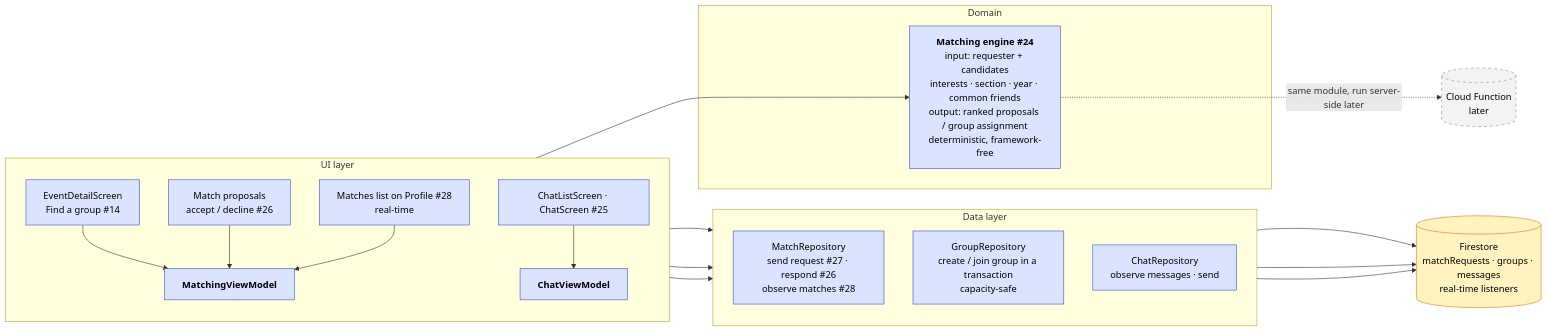
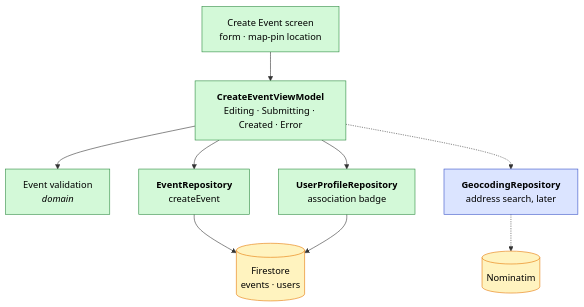
Before and after one commit to swent-polysocial/PolySocial: the fifth of 11 diagrams in docs/Architecture-Diagram.md, drawn with Mermaid. The commit also changed other lines of this file and 2 other files, not shown here.

````diff
--- a/docs/Architecture-Diagram.md
+++ b/docs/Architecture-Diagram.md
@@ -238,43 +152,15 @@
 ```mermaid
-flowchart LR
+flowchart TB
+  classDef s1 fill:#d3f9d8,stroke:#2b8a3e,color:#000
   classDef pb fill:#dbe4ff,stroke:#364fc7,color:#000
-  classDef later fill:#f1f3f5,stroke:#868e96,color:#000,stroke-dasharray:5 5
   classDef ext fill:#fff3bf,stroke:#e67700,color:#000
 
-  subgraph UI["UI layer"]
-    direction TB
-    sDetail["EventDetailScreen<br/>Find a group #14"]:::pb
-    sProp["Match proposals<br/>accept / decline #26"]:::pb
-    sMatches["Matches list on Profile #28<br/>real-time"]:::pb
-    sChat["ChatListScreen · ChatScreen #25"]:::pb
-    vmMatch["<b>MatchingViewModel</b>"]:::pb
-    vmChat["<b>ChatViewModel</b>"]:::pb
-    sDetail --> vmMatch
-    sProp --> vmMatch
-    sMatches --> vmMatch
-    sChat --> vmChat
-  end
-
-  subgraph DOM["Domain"]
-    eng["<b>Matching engine #24</b><br/>input: requester + candidates<br/>interests · section · year · common friends<br/>output: ranked proposals / group assignment<br/>deterministic, framework-free"]:::pb
-  end
-
-  subgraph DATA["Data layer"]
-    direction TB
-    rMatch["MatchRepository<br/>send request #27 · respond #26<br/>observe matches #28"]:::pb
-    rGroup["GroupRepository<br/>create / join group in a transaction<br/>capacity-safe"]:::pb
-    rChat["ChatRepository<br/>observe messages · send"]:::pb
-  end
-
-  xFs[("Firestore<br/>matchRequests · groups · messages<br/>real-time listeners")]:::ext
-  xFn[("Cloud Function<br/>later")]:::later
-
-  vmMatch --> eng
-  vmMatch --> rMatch
-  vmMatch --> rGroup
-  vmChat --> rChat
-  rMatch --> xFs
-  rGroup --> xFs
-  rChat --> xFs
-  eng -. "same module, run server-side later" .-> xFn
+  createS["Create Event screen<br/>form · map-pin location"]:::s1 --> createVM["<b>CreateEventViewModel</b><br/>Editing · Submitting · Created · Error"]:::s1
+  createVM --> valid["Event validation<br/><i>domain</i>"]:::s1
+  createVM --> ev["<b>EventRepository</b><br/>createEvent"]:::s1
+  createVM --> prof["<b>UserProfileRepository</b><br/>association badge"]:::s1
+  createVM -.-> geo["<b>GeocodingRepository</b><br/>address search, later"]:::pb
+  ev --> fs[("Firestore<br/>events · users")]:::ext
+  prof --> fs
+  geo -.-> nom[("Nominatim")]:::ext
 ```
````
